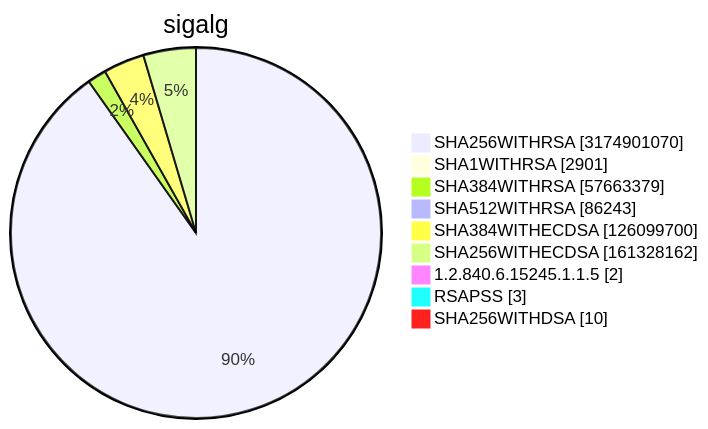
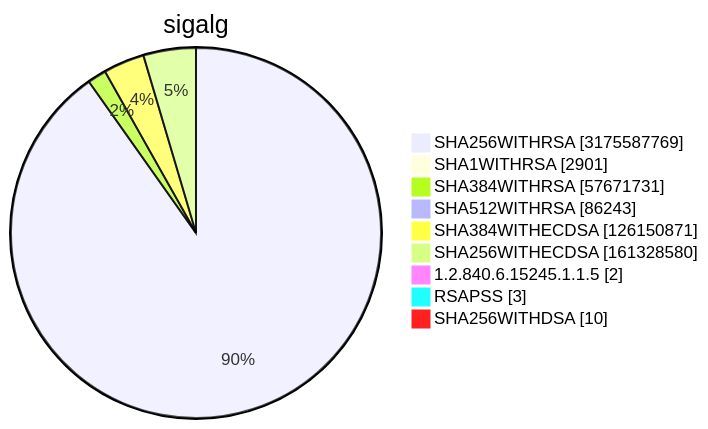
Before and after one commit to christiankrug/ctmonitor_visualization: diagram 15 of 15 in TOTAL/README.md, drawn with Mermaid. The commit also changed other lines of this file, not shown here.

````diff
--- a/TOTAL/README.md
+++ b/TOTAL/README.md
@@ -6215,13 +6215,13 @@
 ```mermaid
 pie showData
 title sigalg
-"SHA256WITHRSA" :3174901070
+"SHA256WITHRSA" :3175587769
 "SHA1WITHRSA" :2901
-"SHA384WITHRSA" :57663379
+"SHA384WITHRSA" :57671731
 "SHA512WITHRSA" :86243
-"SHA384WITHECDSA" :126099700
-"SHA256WITHECDSA" :161328162
+"SHA384WITHECDSA" :126150871
+"SHA256WITHECDSA" :161328580
 "1.2.840.6.15245.1.1.5" :2
 "RSAPSS" :3
 "SHA256WITHDSA" :10
 ```
````
